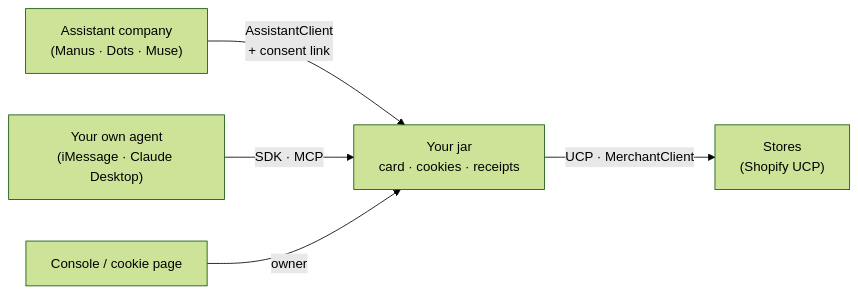
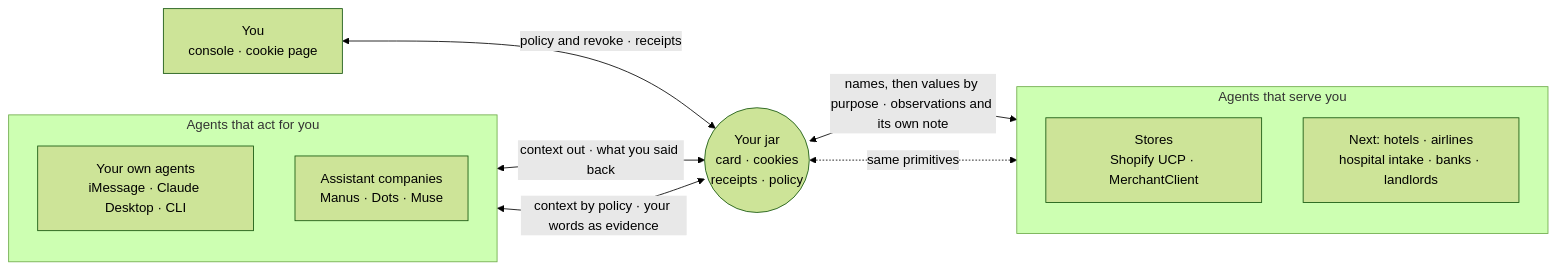
The diagram in README.md (BIBOYANG425/agent-cookie), drawn with Mermaid (forest theme) before and after one commit. The commit also changed other lines of this file and 1 other file, not shown here.

First line of the commit message:
docs: README diagram as a two-way loop; the jar learns back; across industries

````diff
--- a/README.md
+++ b/README.md
@@ -43,7 +44,20 @@
 ```mermaid
 flowchart LR
-  A["Assistant company<br/>(Manus · Dots · Muse)"] -- "AssistantClient<br/>+ consent link" --> J
-  P["Your own agent<br/>(iMessage · Claude Desktop)"] -- "SDK · MCP" --> J
-  J["Your jar<br/>card · cookies · receipts"] -- "UCP · MerchantClient" --> S["Stores<br/>(Shopify UCP)"]
-  C["Console / cookie page"] -- "owner" --> J
+  subgraph FOR["Agents that act for you"]
+    direction TB
+    P["Your own agents<br/>iMessage · Claude Desktop · CLI"]
+    A["Assistant companies<br/>Manus · Dots · Muse"]
+  end
+  J(("Your jar<br/>card · cookies<br/>receipts · policy"))
+  subgraph SERVE["Agents that serve you"]
+    direction TB
+    S["Stores<br/>Shopify UCP · MerchantClient"]
+    N["Next: hotels · airlines<br/>hospital intake · banks · landlords"]
+  end
+  U["You<br/>console · cookie page"]
+  P <-->|"context out · what you said back"| J
+  A <-->|"context by policy · your words as evidence"| J
+  J <-->|"names, then values by purpose · observations and its own note"| S
+  J <-.->|"same primitives"| N
+  U <-->|"policy and revoke · receipts"| J
 ```
````
